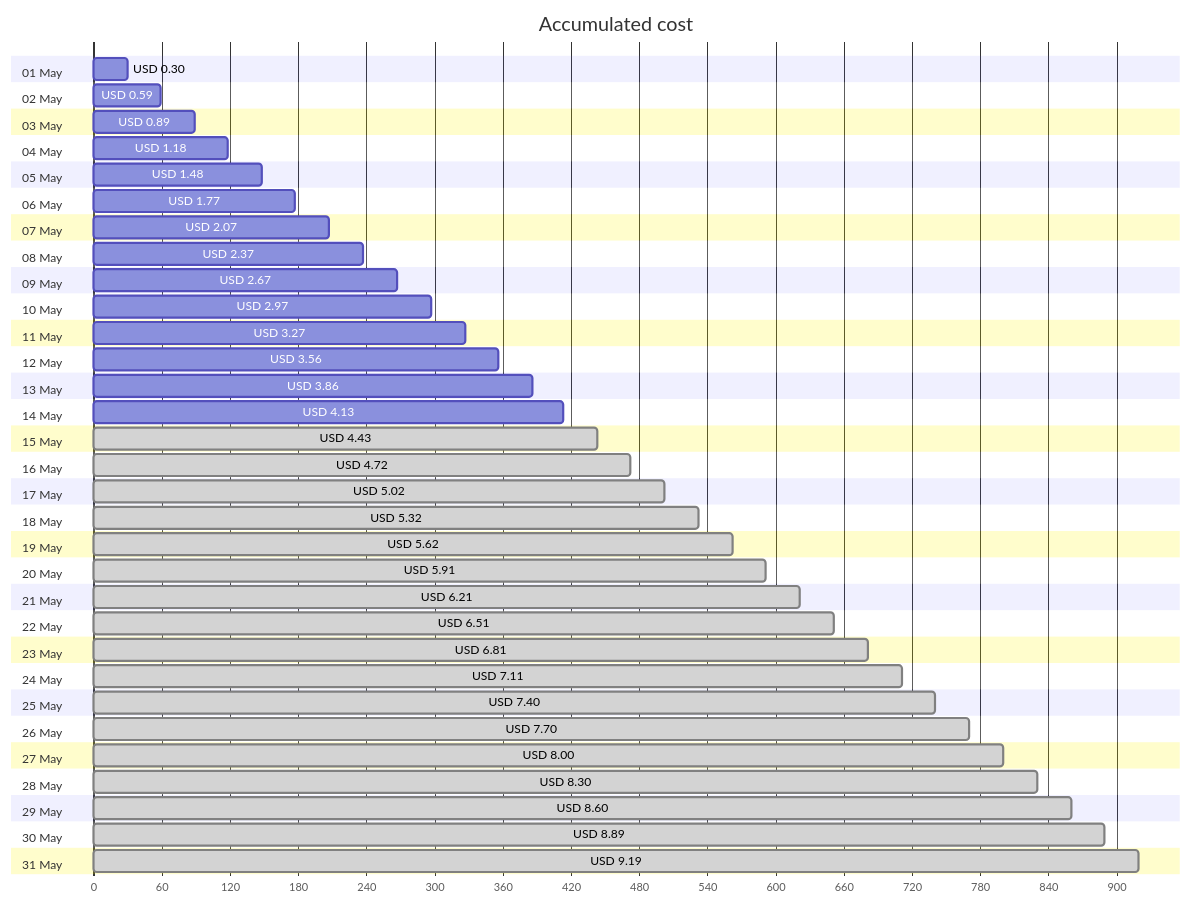
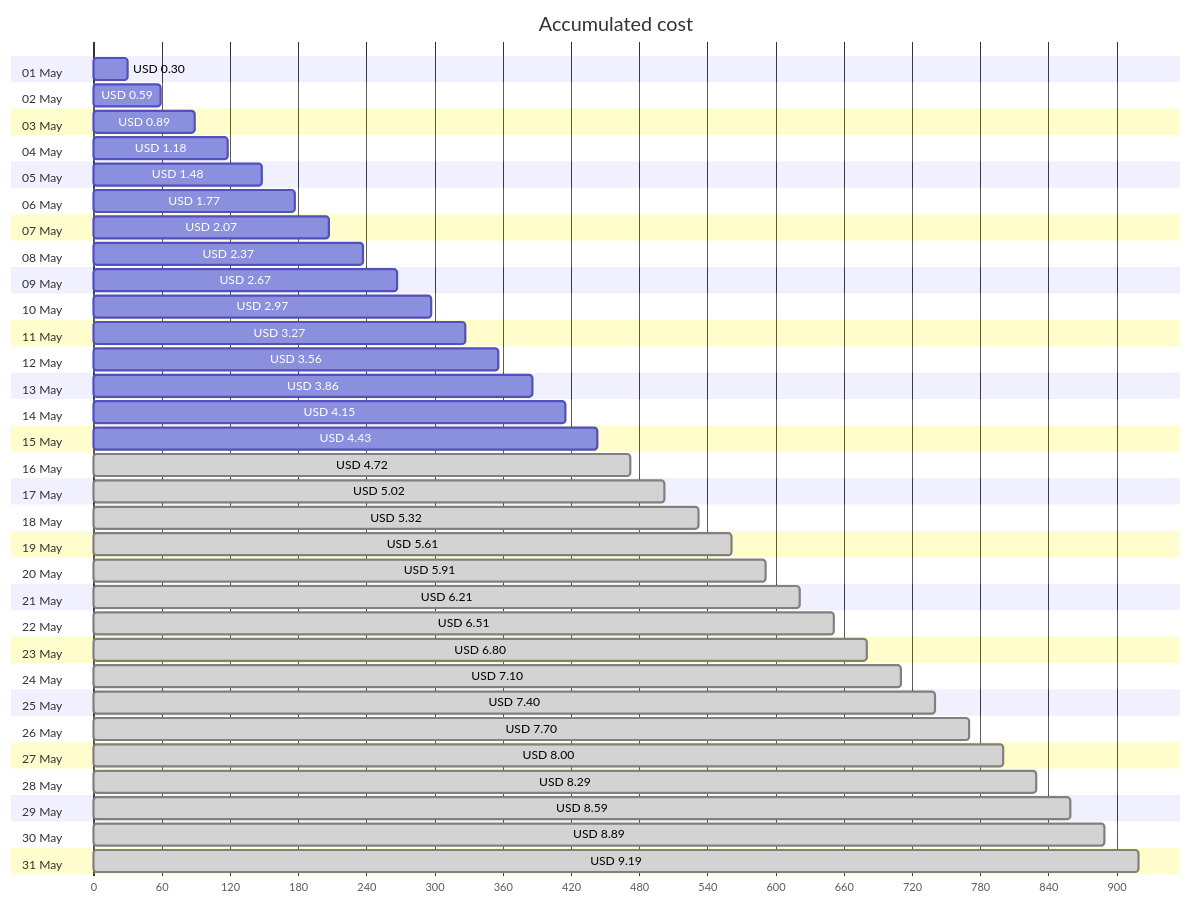
One commit to jpfulton/azure-personal-reports changed the first of 4 diagrams in cost-reports/personal-site/personal-site-preview.md. Above: the diagram before and after it, drawn with Mermaid. The commit also changed other lines of this file and 6 other files, not shown here.

````diff
--- a/cost-reports/personal-site/personal-site-preview.md
+++ b/cost-reports/personal-site/personal-site-preview.md
@@ -20,68 +20,68 @@
 ```mermaid
 gantt
    title Accumulated cost
    dateFormat  X
    axisFormat %s
    section 01 May
    USD 0.30 :0, 30
    section 02 May
    USD 0.59 :0, 59
    section 03 May
    USD 0.89 :0, 89
    section 04 May
    USD 1.18 :0, 118
    section 05 May
    USD 1.48 :0, 148
    section 06 May
    USD 1.77 :0, 177
    section 07 May
    USD 2.07 :0, 207
    section 08 May
    USD 2.37 :0, 237
    section 09 May
    USD 2.67 :0, 267
    section 10 May
    USD 2.97 :0, 297
    section 11 May
    USD 3.27 :0, 327
    section 12 May
    USD 3.56 :0, 356
    section 13 May
    USD 3.86 :0, 386
    section 14 May
-   USD 4.13 :0, 413
+   USD 4.15 :0, 415
    section 15 May
-   USD 4.43 : done, 0, 443
+   USD 4.43 :0, 443
    section 16 May
    USD 4.72 : done, 0, 472
    section 17 May
    USD 5.02 : done, 0, 502
    section 18 May
    USD 5.32 : done, 0, 532
    section 19 May
-   USD 5.62 : done, 0, 562
+   USD 5.61 : done, 0, 561
    section 20 May
    USD 5.91 : done, 0, 591
    section 21 May
    USD 6.21 : done, 0, 621
    section 22 May
    USD 6.51 : done, 0, 651
    section 23 May
-   USD 6.81 : done, 0, 681
+   USD 6.80 : done, 0, 680
    section 24 May
-   USD 7.11 : done, 0, 711
+   USD 7.10 : done, 0, 710
    section 25 May
    USD 7.40 : done, 0, 740
    section 26 May
    USD 7.70 : done, 0, 770
    section 27 May
    USD 8.00 : done, 0, 800
    section 28 May
-   USD 8.30 : done, 0, 830
+   USD 8.29 : done, 0, 829
    section 29 May
-   USD 8.60 : done, 0, 860
+   USD 8.59 : done, 0, 859
    section 30 May
    USD 8.89 : done, 0, 889
    section 31 May
    USD 9.19 : done, 0, 919
 ```
````
